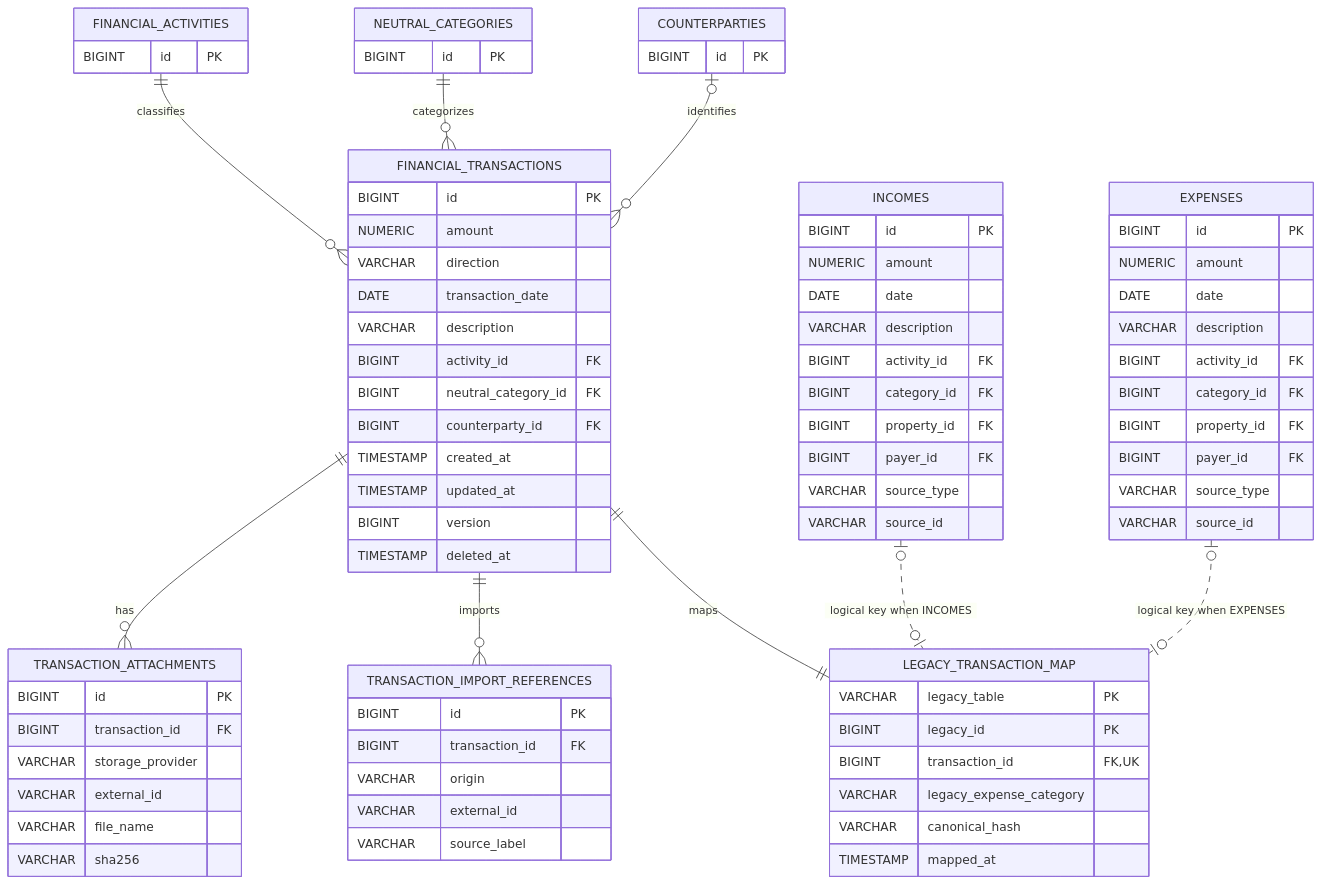
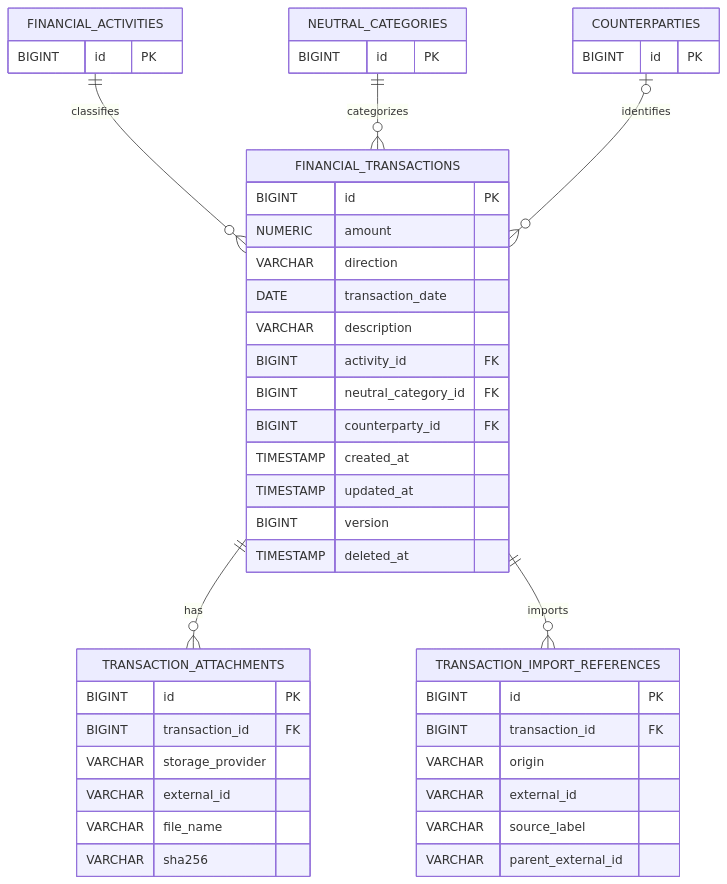
One commit to jinloes/bookie changed the second of 4 diagrams in diagrams/erd.md. Above: the diagram before and after it, drawn with Mermaid. The commit also changed other lines of this file and 621 other files, not shown here.

First line of the commit message:
Retire legacy flows and adopt Spring Modulith

````diff
--- a/diagrams/erd.md
+++ b/diagrams/erd.md
@@ -206,41 +184,7 @@
     VARCHAR origin
     VARCHAR external_id
     VARCHAR source_label
-  }
-
-  LEGACY_TRANSACTION_MAP {
-    VARCHAR legacy_table PK
-    BIGINT legacy_id PK
-    BIGINT transaction_id FK,UK
-    VARCHAR legacy_expense_category
-    VARCHAR canonical_hash
-    TIMESTAMP mapped_at
-  }
-
-  INCOMES {
-    BIGINT id PK
-    NUMERIC amount
-    DATE date
-    VARCHAR description
-    BIGINT activity_id FK
-    BIGINT category_id FK
-    BIGINT property_id FK
-    BIGINT payer_id FK
-    VARCHAR source_type
-    VARCHAR source_id
-  }
-
-  EXPENSES {
-    BIGINT id PK
-    NUMERIC amount
-    DATE date
-    VARCHAR description
-    BIGINT activity_id FK
-    BIGINT category_id FK
-    BIGINT property_id FK
-    BIGINT payer_id FK
-    VARCHAR source_type
-    VARCHAR source_id
+    VARCHAR parent_external_id
   }
 
   FINANCIAL_ACTIVITIES ||--o{ FINANCIAL_TRANSACTIONS : classifies
@@ -248,7 +192,4 @@
   COUNTERPARTIES o|--o{ FINANCIAL_TRANSACTIONS : identifies
   FINANCIAL_TRANSACTIONS ||--o{ TRANSACTION_ATTACHMENTS : has
   FINANCIAL_TRANSACTIONS ||--o{ TRANSACTION_IMPORT_REFERENCES : imports
-  FINANCIAL_TRANSACTIONS ||--|| LEGACY_TRANSACTION_MAP : maps
-  INCOMES o|..o| LEGACY_TRANSACTION_MAP : "logical key when INCOMES"
-  EXPENSES o|..o| LEGACY_TRANSACTION_MAP : "logical key when EXPENSES"
 ```
````
